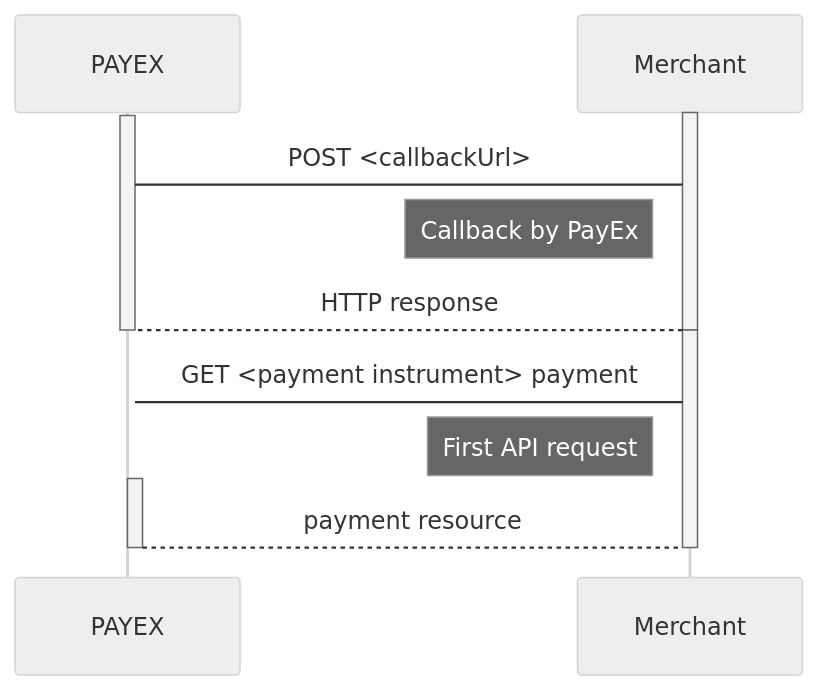
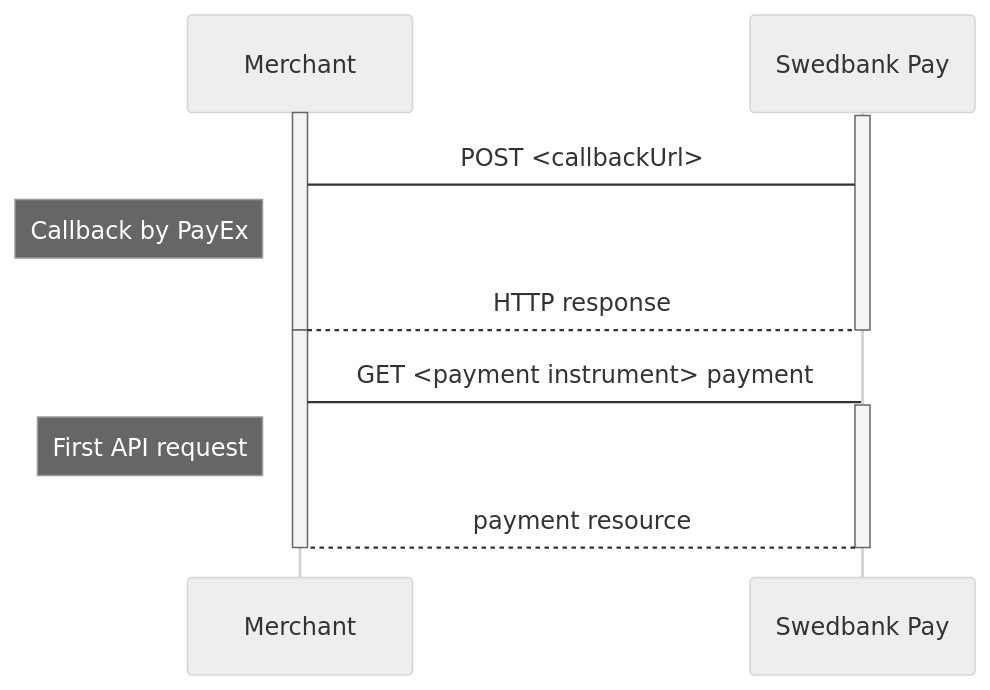
Before and after one commit to SwedbankPay/developer.swedbankpay.com: the second of 2 diagrams in checkout/other-features.md, drawn with Mermaid (neutral theme). The commit also changed other lines of this file and 2 other files, not shown here.

````diff
--- a/checkout/other-features.md
+++ b/checkout/other-features.md
@@ -1361,19 +1361,20 @@
 ```mermaid
 sequenceDiagram
-Activate Merchant
-Activate PAYEX
-PAYEX->Merchant: POST <callbackUrl>
-note left of Merchant: Callback by PayEx
-Merchant-->PAYEX: HTTP response
-Deactivate PAYEX
-Deactivate Merchant
+    participant Merchant
+    participant SwedbankPay as Swedbank Pay
+    activate Merchant
+        activate SwedbankPay
+            SwedbankPay->Merchant: POST <callbackUrl>
+            note left of Merchant: Callback by PayEx
+            Merchant-->SwedbankPay: HTTP response
+        deactivate SwedbankPay
+    deactivate Merchant
 
-Activate Merchant
-Activate PAYEX
-Merchant->PAYEX: GET <payment instrument> payment
-note left of Merchant: First API request
-Activate PAYEX
-PAYEX-->Merchant: payment resource
-Deactivate PAYEX
-Deactivate Merchant
+    activate Merchant
+        Merchant->SwedbankPay: GET <payment instrument> payment
+        activate SwedbankPay
+            note left of Merchant: First API request
+            SwedbankPay-->Merchant: payment resource
+        deactivate SwedbankPay
+    deactivate Merchant
 ```
````
